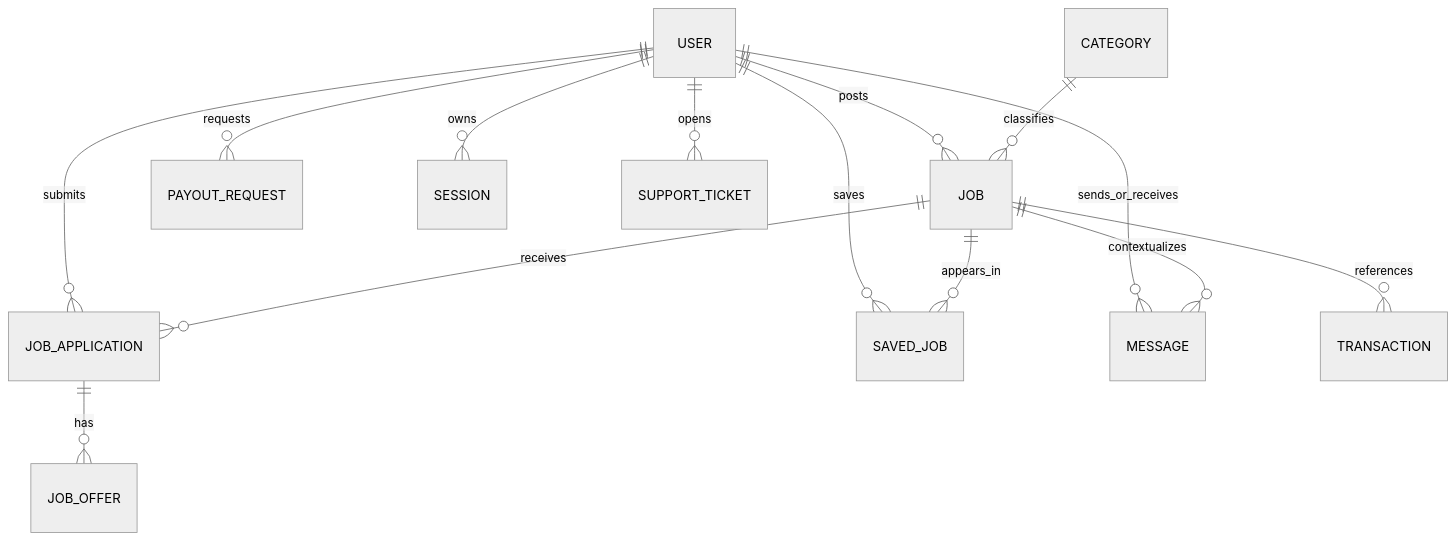
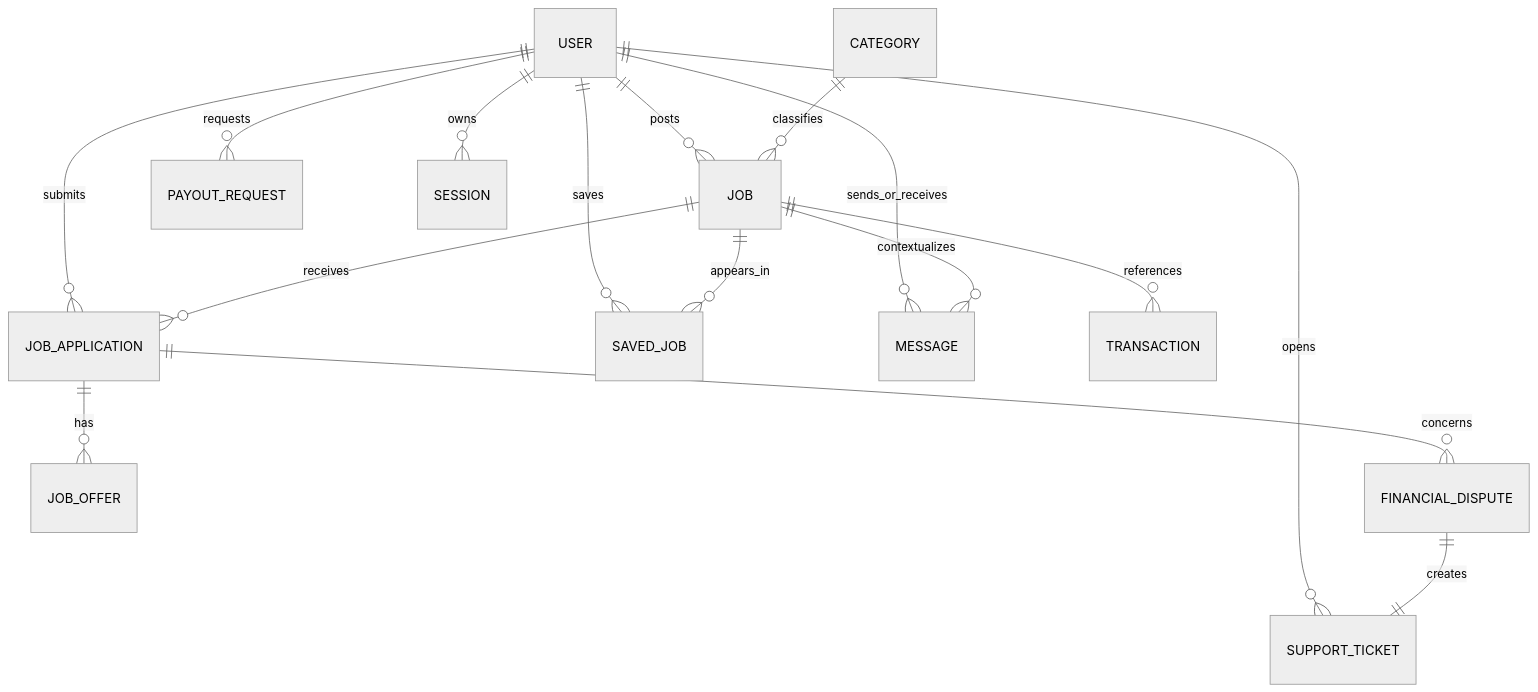
One commit to AchylsLuna/MicroJob-1 changed the second of 5 diagrams in docs/SYSTEM_SPECIFICATION.md. Above: the diagram before and after it, drawn with Mermaid (neutral theme). The commit also changed other lines of this file and 53 other files, not shown here.

Commit message:
Added Financial Dispute ticket method for the worker, in case employer does not want to release the pay. Made the Application a step-by-step process. Added Job History page

````diff
--- a/docs/SYSTEM_SPECIFICATION.md
+++ b/docs/SYSTEM_SPECIFICATION.md
@@ -268,16 +289,18 @@
 ```mermaid
 erDiagram
     USER ||--o{ JOB : posts
     CATEGORY ||--o{ JOB : classifies
     USER ||--o{ JOB_APPLICATION : submits
     JOB ||--o{ JOB_APPLICATION : receives
     JOB_APPLICATION ||--o{ JOB_OFFER : has
     USER ||--o{ SAVED_JOB : saves
     JOB ||--o{ SAVED_JOB : appears_in
     USER ||--o{ MESSAGE : sends_or_receives
     JOB ||--o{ MESSAGE : contextualizes
     JOB ||--o{ TRANSACTION : references
     USER ||--o{ PAYOUT_REQUEST : requests
     USER ||--o{ SESSION : owns
     USER ||--o{ SUPPORT_TICKET : opens
+    JOB_APPLICATION ||--o{ FINANCIAL_DISPUTE : concerns
+    FINANCIAL_DISPUTE ||--|| SUPPORT_TICKET : creates
 ```
````
